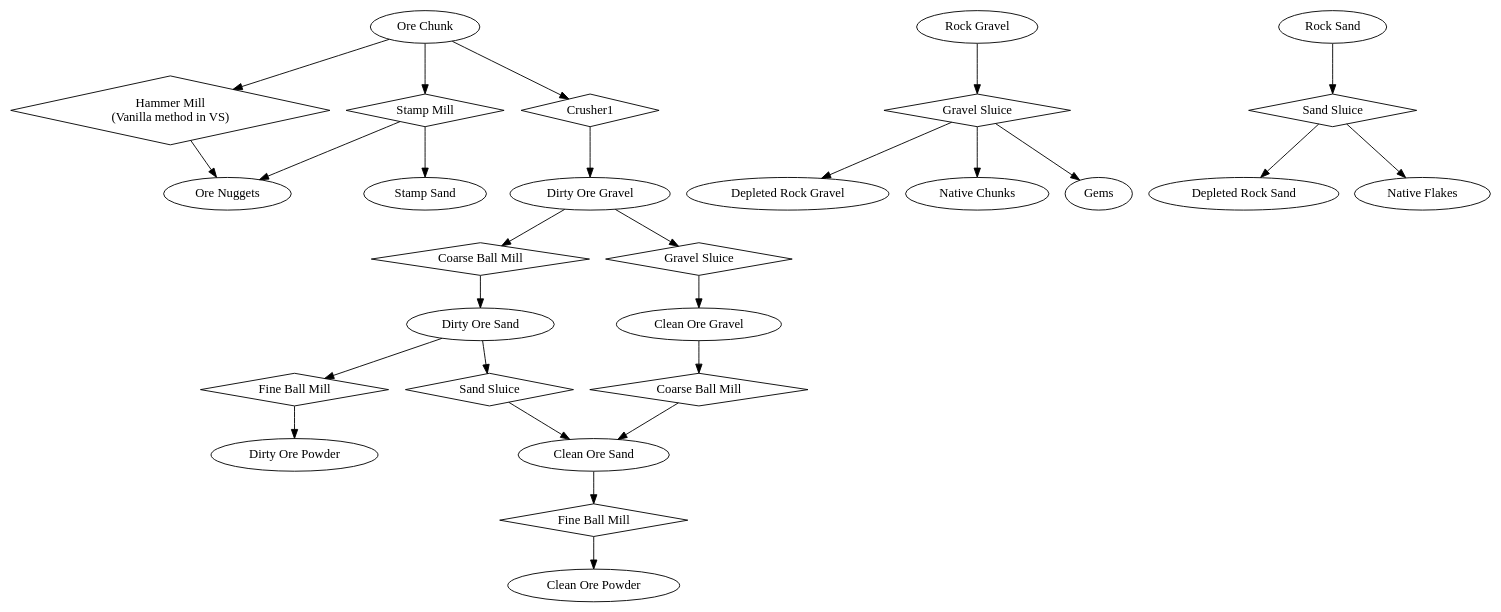
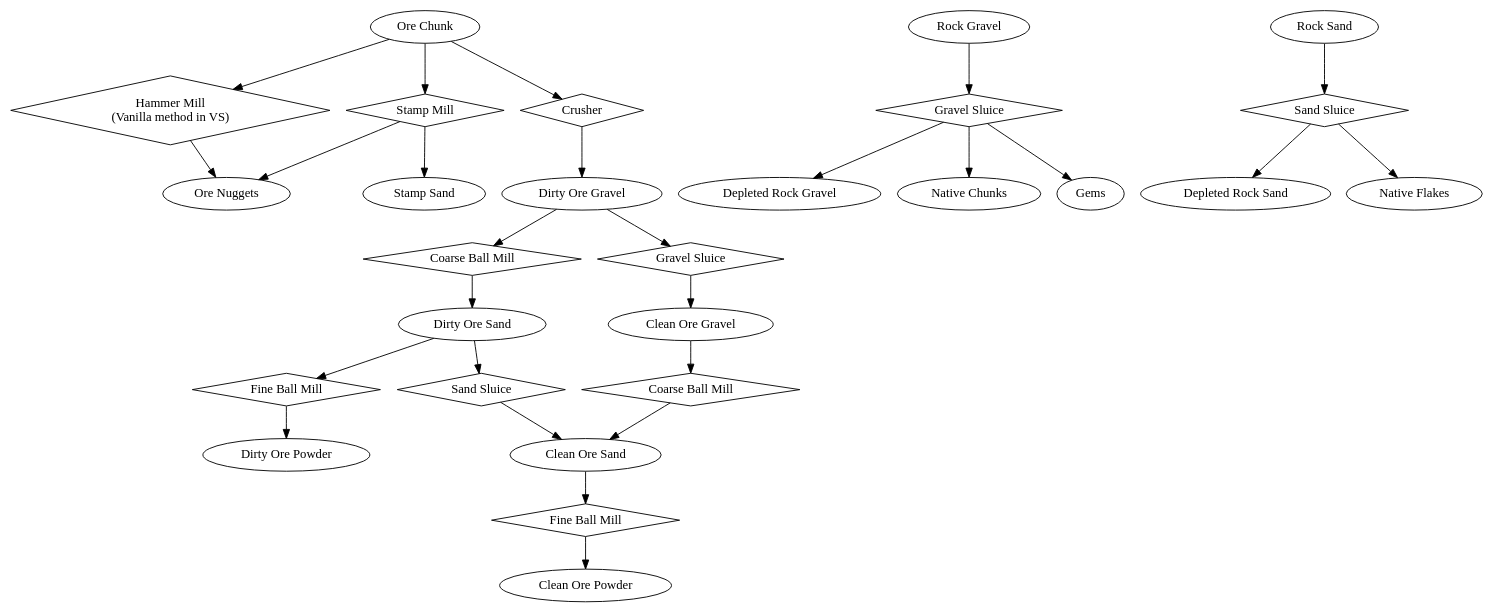
The diagram in design/OreDressing.dot (age-series/ElectricalAge2), drawn with Graphviz before and after one commit. The commit also changed 1 other file, not shown here.

Commit message:
Fixes crusher1 mistake

```diff
--- a/design/OreDressing.dot
+++ b/design/OreDressing.dot
@@ -1,32 +1,32 @@
 digraph dressing {
 
 	// Machines and Methods
 	"Hammer Mill\n(Vanilla method in VS)1" [shape=diamond,label="Hammer Mill\n(Vanilla method in VS)"]
 	"Stamp Mill1" [shape=diamond,label="Stamp Mill"]
-	"Crusher1" [shape=diamond]
+	"Crusher1" [shape=diamond,label="Crusher"]
 	"Coarse Ball Mill1" [shape=diamond,label="Coarse Ball Mill"]
 	"Coarse Ball Mill2" [shape=diamond,label="Coarse Ball Mill"]
 	"Fine Ball Mill1" [shape=diamond,label="Fine Ball Mill"]
 	"Fine Ball Mill2" [shape=diamond,label="Fine Ball Mill"]
 	"Gravel Sluice1" [shape=diamond,label="Gravel Sluice"]
 	"Gravel Sluice2" [shape=diamond,label="Gravel Sluice"]
 	"Sand Sluice1" [shape=diamond,label="Sand Sluice"]
 	"Sand Sluice2" [shape=diamond,label="Sand Sluice"]
 
 	// Processes
 	"Ore Chunk" -> "Hammer Mill\n(Vanilla method in VS)1" -> "Ore Nuggets"
 	"Ore Chunk" -> "Stamp Mill1" -> "Ore Nuggets"
 	"Stamp Mill1" -> "Stamp Sand"
 	"Ore Chunk" -> "Crusher1" -> "Dirty Ore Gravel"
 	"Ore Chunk" "Dirty Ore Gravel" -> "Coarse Ball Mill1" -> "Dirty Ore Sand"
 	"Dirty Ore Gravel" "Dirty Ore Sand" -> "Fine Ball Mill1" -> "Dirty Ore Powder"
 	"Dirty Ore Gravel" -> "Gravel Sluice1" -> "Clean Ore Gravel"
 	"Rock Gravel" -> "Gravel Sluice2" -> "Depleted Rock Gravel"
 	"Gravel Sluice2" -> "Native Chunks"
 	"Gravel Sluice2" -> "Gems"
 	"Dirty Ore Sand" -> "Sand Sluice1" -> "Clean Ore Sand"
 	"Rock Sand" -> "Sand Sluice2" -> "Depleted Rock Sand"
 	"Sand Sluice2" -> "Native Flakes"
 	"Clean Ore Gravel" -> "Coarse Ball Mill2" -> "Clean Ore Sand"
 	"Clean Ore Sand" -> "Fine Ball Mill2" -> "Clean Ore Powder"
 }
```
